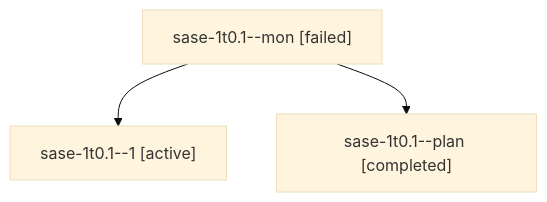
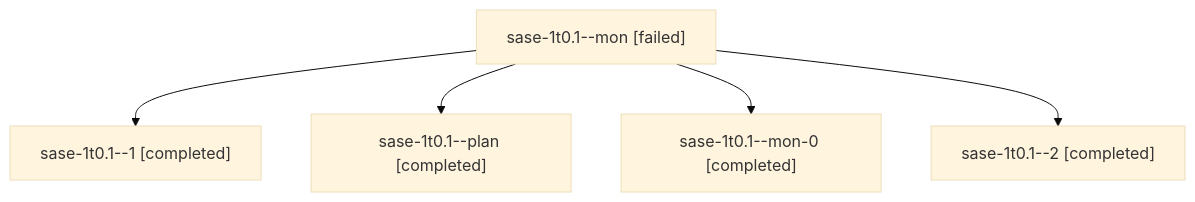
The diagram in sessions/bbugyi200.athena.sase-1t0.1.md (sase-org/sase--agents), drawn with Mermaid (base theme) before and after one commit. The commit also changed other lines of this file and 30 other files, not shown here.

````diff
--- a/sessions/bbugyi200.athena.sase-1t0.1.md
+++ b/sessions/bbugyi200.athena.sase-1t0.1.md
@@ -9,8 +9,12 @@
 ```mermaid
 flowchart TD
   n0["sase-1t0.1--mon [failed]"]
-  n1["sase-1t0.1--1 [active]"]
+  n1["sase-1t0.1--1 [completed]"]
   n0 --> n1
   n2["sase-1t0.1--plan [completed]"]
   n0 --> n2
+  n3["sase-1t0.1--mon-0 [completed]"]
+  n0 --> n3
+  n4["sase-1t0.1--2 [completed]"]
+  n0 --> n4
 ```
````
